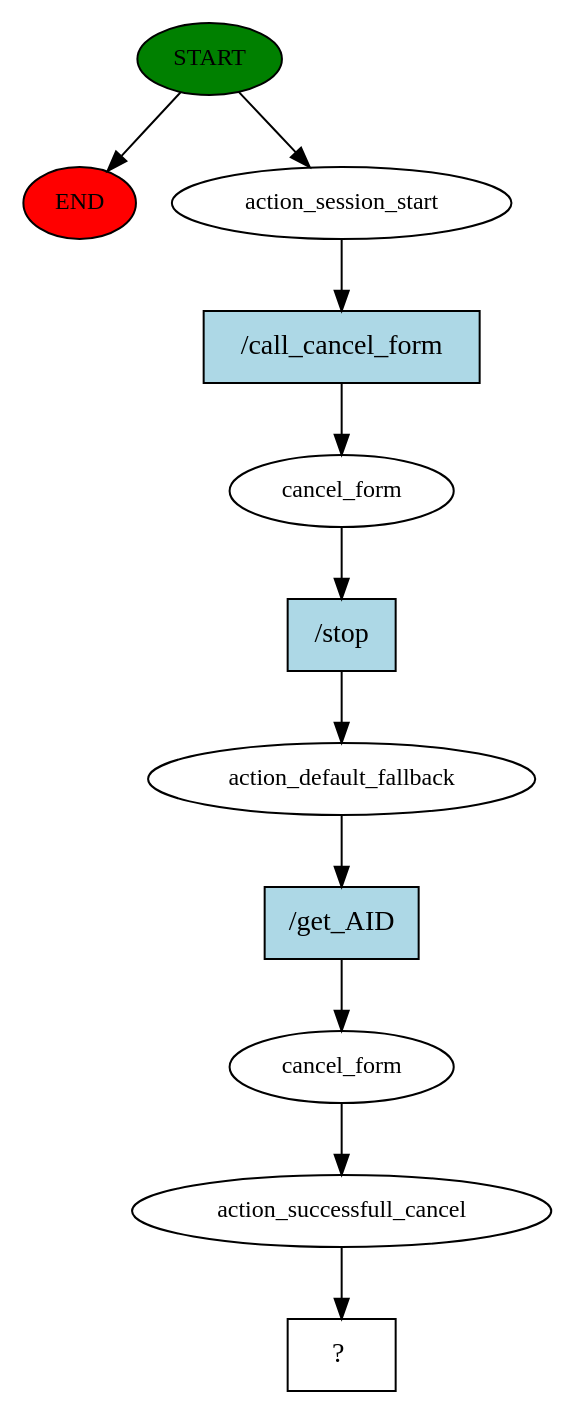
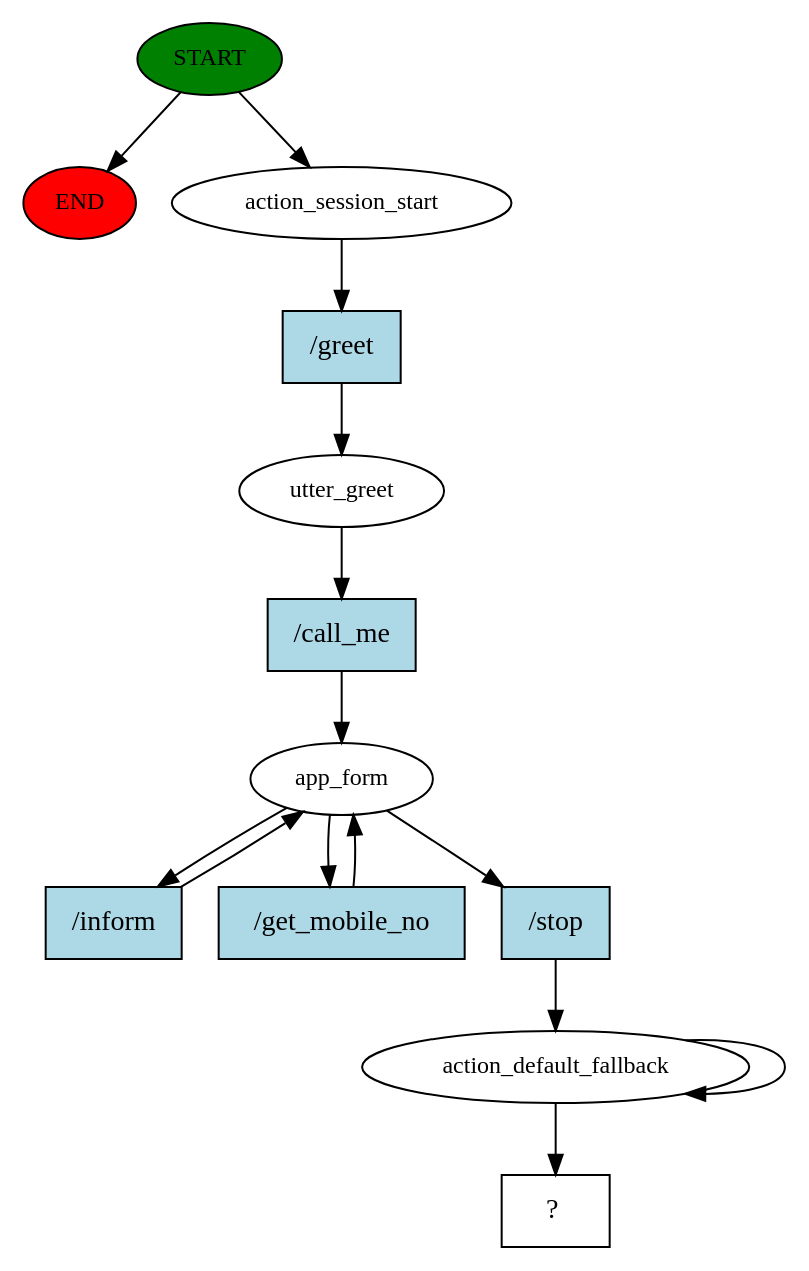
The diagram in chatbot/story_graph.dot (VrajPatelK/Patient-Appointment), drawn with Graphviz before and after one commit. The commit also changed 4 other files, not shown here.

```diff
--- a/chatbot/story_graph.dot
+++ b/chatbot/story_graph.dot
@@ -1,23 +1,28 @@
 digraph  {
 0 [class="start active", fillcolor=green, fontsize=12, label=START, style=filled];
 "-1" [class=end, fillcolor=red, fontsize=12, label=END, style=filled];
 1 [class=active, fontsize=12, label=action_session_start];
-2 [class=active, fontsize=12, label=cancel_form];
-3 [class=active, fontsize=12, label=action_default_fallback];
-4 [class=active, fontsize=12, label=cancel_form];
-5 [class=active, fontsize=12, label=action_successfull_cancel];
-6 [class="intent dashed active", label="  ?  ", shape=rect];
-7 [class="intent active", fillcolor=lightblue, label="/call_cancel_form", shape=rect, style=filled];
-8 [class="intent active", fillcolor=lightblue, label="/stop", shape=rect, style=filled];
-9 [class="intent active", fillcolor=lightblue, label="/get_AID", shape=rect, style=filled];
+2 [class=active, fontsize=12, label=utter_greet];
+3 [class=active, fontsize=12, label=app_form];
+7 [class=active, fontsize=12, label=action_default_fallback];
+9 [class="intent dashed active", label="  ?  ", shape=rect];
+10 [class="intent active", fillcolor=lightblue, label="/greet", shape=rect, style=filled];
+11 [class="intent active", fillcolor=lightblue, label="/call_me", shape=rect, style=filled];
+12 [class="intent active", fillcolor=lightblue, label="/inform", shape=rect, style=filled];
+13 [class="intent active", fillcolor=lightblue, label="/get_mobile_no", shape=rect, style=filled];
+14 [class="intent active", fillcolor=lightblue, label="/stop", shape=rect, style=filled];
 0 -> "-1"  [class="", key=NONE, label=""];
 0 -> 1  [class=active, key=NONE, label=""];
-1 -> 7  [class=active, key=0];
-2 -> 8  [class=active, key=0];
-3 -> 9  [class=active, key=0];
-4 -> 5  [class=active, key=NONE, label=""];
-5 -> 6  [class=active, key=NONE, label=""];
-7 -> 2  [class=active, key=0];
-8 -> 3  [class=active, key=0];
-9 -> 4  [class=active, key=0];
+1 -> 10  [class=active, key=0];
+2 -> 11  [class=active, key=0];
+3 -> 12  [class=active, key=0];
+3 -> 13  [class=active, key=0];
+3 -> 14  [class=active, key=0];
+7 -> 9  [class=active, key=NONE, label=""];
+7 -> 7  [class=active, key=NONE, label=""];
+10 -> 2  [class=active, key=0];
+11 -> 3  [class=active, key=0];
+12 -> 3  [class=active, key=0];
+13 -> 3  [class=active, key=0];
+14 -> 7  [class=active, key=0];
 }
```
